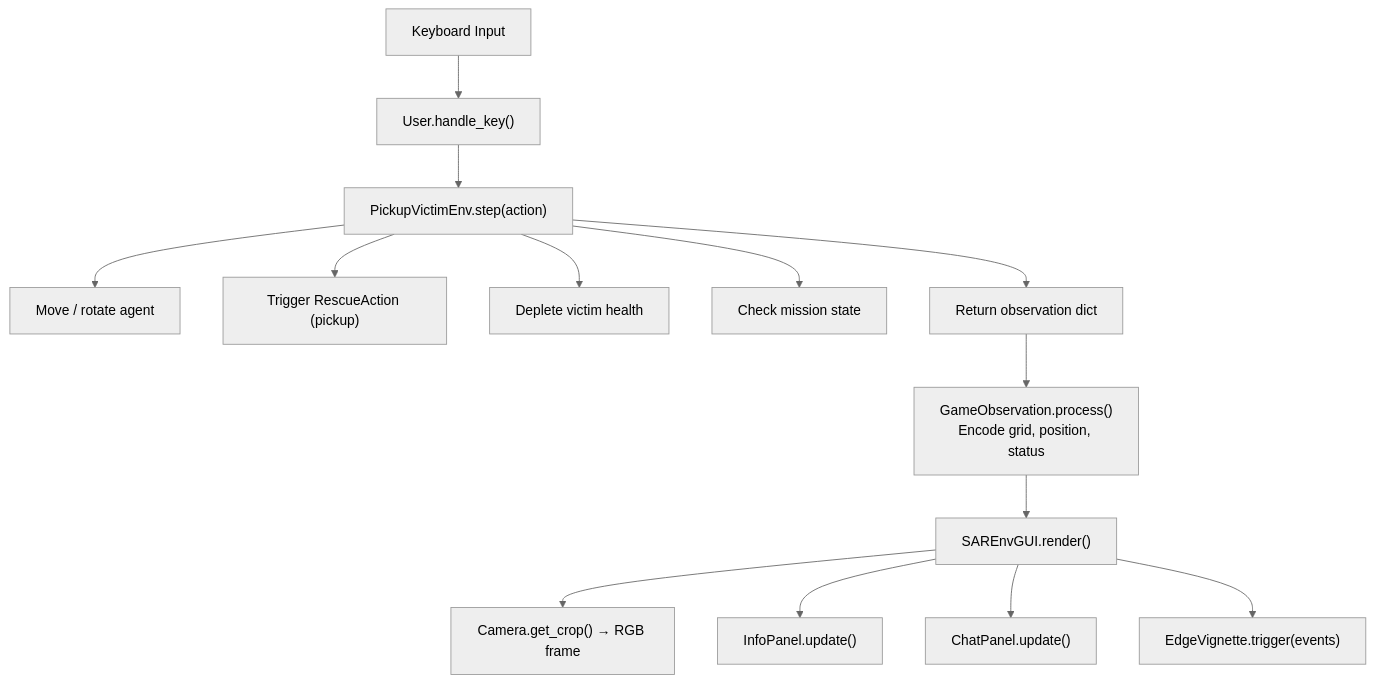
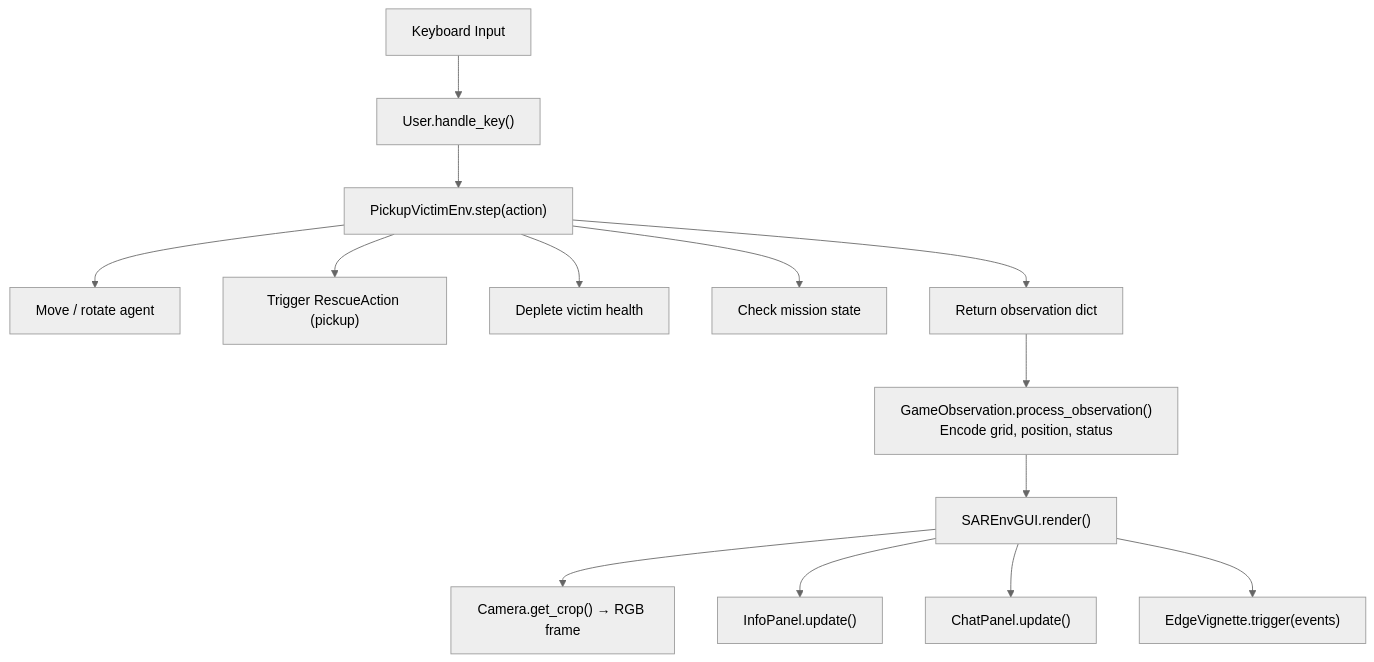
Before and after one commit to iHuman-Lab/mosaic: the second of 2 diagrams in docs/architecture.md, drawn with Mermaid (neutral theme). The commit also changed other lines of this file and 21 other files, not shown here.

````diff
--- a/docs/architecture.md
+++ b/docs/architecture.md
@@ -112,16 +112,16 @@
 ```mermaid
 flowchart TD
     A["Keyboard Input"] --> B["User.handle_key()"]
     B --> C["PickupVictimEnv.step(action)"]
     C --> C1["Move / rotate agent"]
     C --> C2["Trigger RescueAction (pickup)"]
     C --> C3["Deplete victim health"]
     C --> C4["Check mission state"]
     C --> D["Return observation dict"]
-    D --> E["GameObservation.process()<br/>Encode grid, position, status"]
+    D --> E["GameObservation.process_observation()<br/>Encode grid, position, status"]
     E --> F["SAREnvGUI.render()"]
     F --> F1["Camera.get_crop() → RGB frame"]
     F --> F2["InfoPanel.update()"]
     F --> F3["ChatPanel.update()"]
     F --> F4["EdgeVignette.trigger(events)"]
 ```
````
